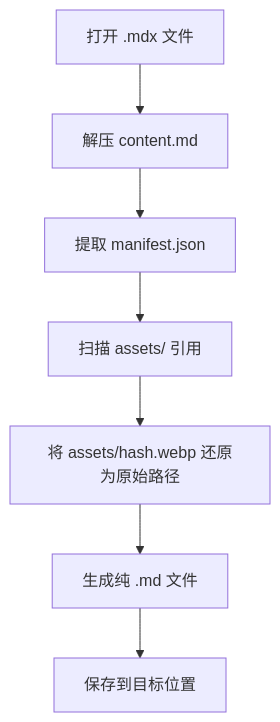
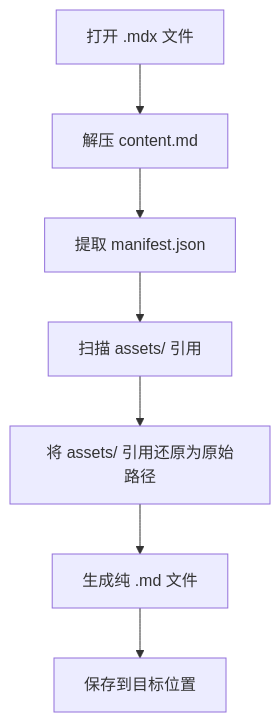
The second of 2 diagrams in MDX-SPEC.md (e2662020/Tec), drawn with Mermaid before and after one commit. The commit also changed other lines of this file, not shown here.

Commit message:
feat: 重写README并引用图片

````diff
--- a/MDX-SPEC.md
+++ b/MDX-SPEC.md
@@ -706,9 +706,9 @@
 ```mermaid
 flowchart TD
     A[打开 .mdx 文件] --> B[解压 content.md]
     B --> C[提取 manifest.json]
     C --> D[扫描 assets/ 引用]
-    D --> E[将 assets/hash.webp 还原为原始路径]
+    D --> E["将 assets/ 引用还原为原始路径"]
     E --> F[生成纯 .md 文件]
     F --> G[保存到目标位置]
 ```
````
